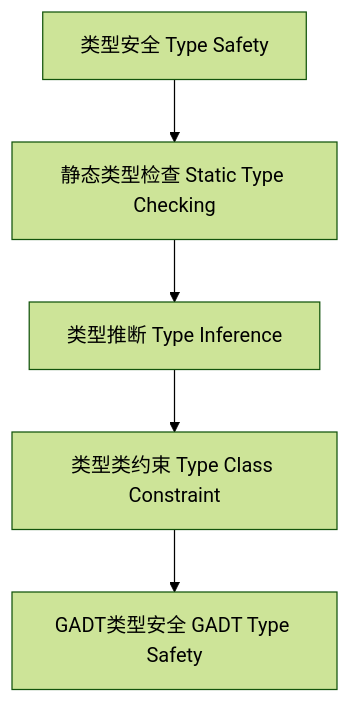
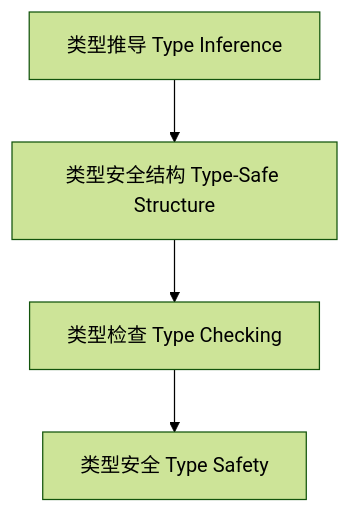
The diagram in docs/analysis/Type/01-Type-Safety.md (AdaMartin18010/haskell), drawn with Mermaid (forest theme) before and after one commit. The commit also changed other lines of this file and 21 other files, not shown here.

````diff
--- a/docs/analysis/Type/01-Type-Safety.md
+++ b/docs/analysis/Type/01-Type-Safety.md
@@ -74,7 +70,6 @@
 ```mermaid
 graph TD
-  A[类型安全 Type Safety] --> B[静态类型检查 Static Type Checking]
-  B --> C[类型推断 Type Inference]
-  C --> D[类型类约束 Type Class Constraint]
-  D --> E[GADT类型安全 GADT Type Safety]
+  A[类型推导 Type Inference] --> B[类型安全结构 Type-Safe Structure]
+  B --> C[类型检查 Type Checking]
+  C --> D[类型安全 Type Safety]
 ```
````
